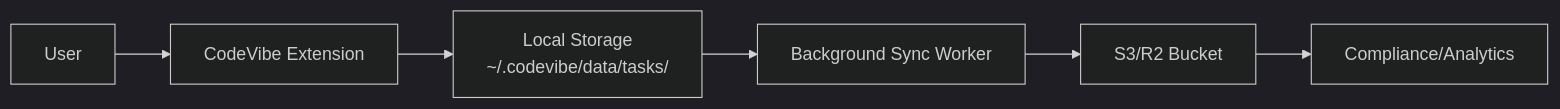
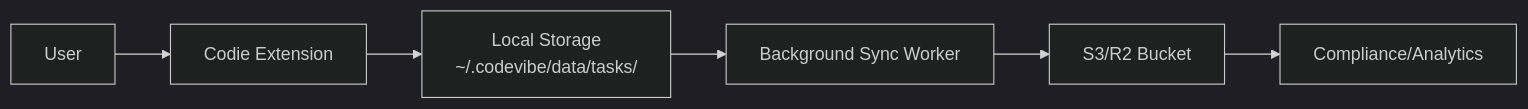
One commit to atnumridha/codevibe changed the diagram in docs/enterprise-solutions/monitoring/prompt-storage.mdx. Above: the diagram before and after it, drawn with Mermaid (dark theme). The commit also changed other lines of this file and 620 other files, not shown here.

````diff
--- a/docs/enterprise-solutions/monitoring/prompt-storage.mdx
+++ b/docs/enterprise-solutions/monitoring/prompt-storage.mdx
@@ -32,8 +32,8 @@
 ```mermaid
 graph LR
-    A[User] --> B[CodeVibe Extension]
+    A[User] --> B[Codie Extension]
     B --> C[Local Storage<br/>~/.codevibe/data/tasks/]
     C --> D[Background Sync Worker]
     D --> E[S3/R2 Bucket]
     E --> F[Compliance/Analytics]
 ```
````
